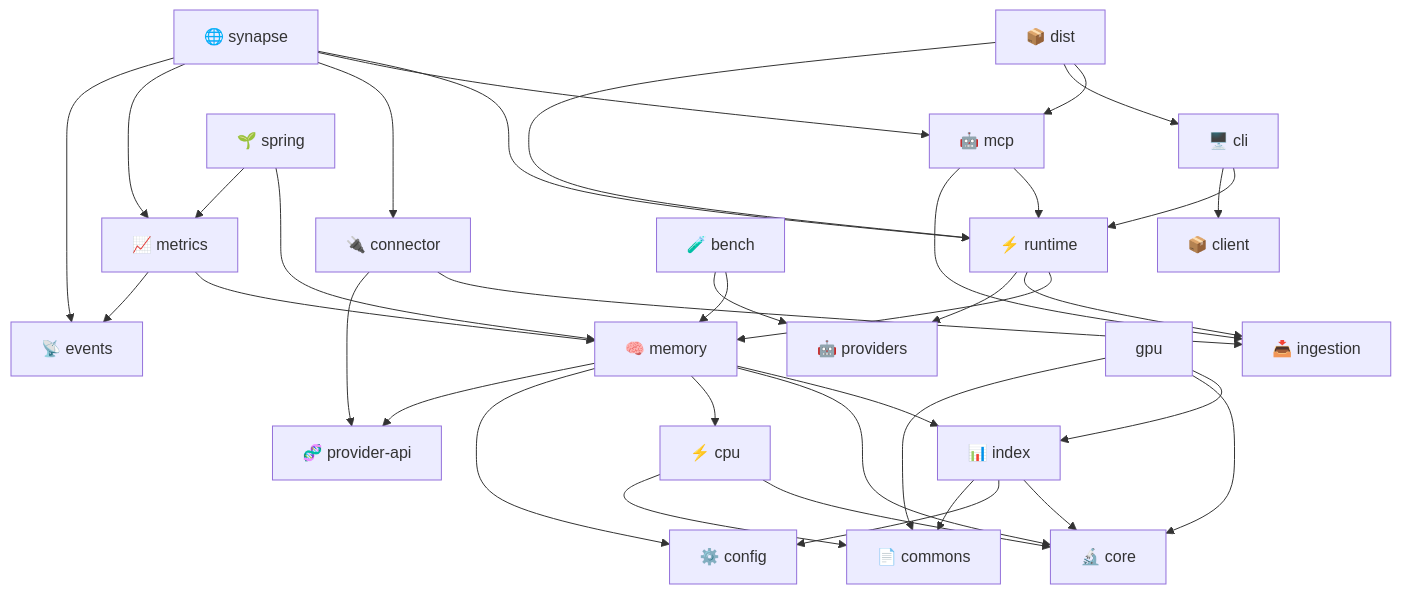
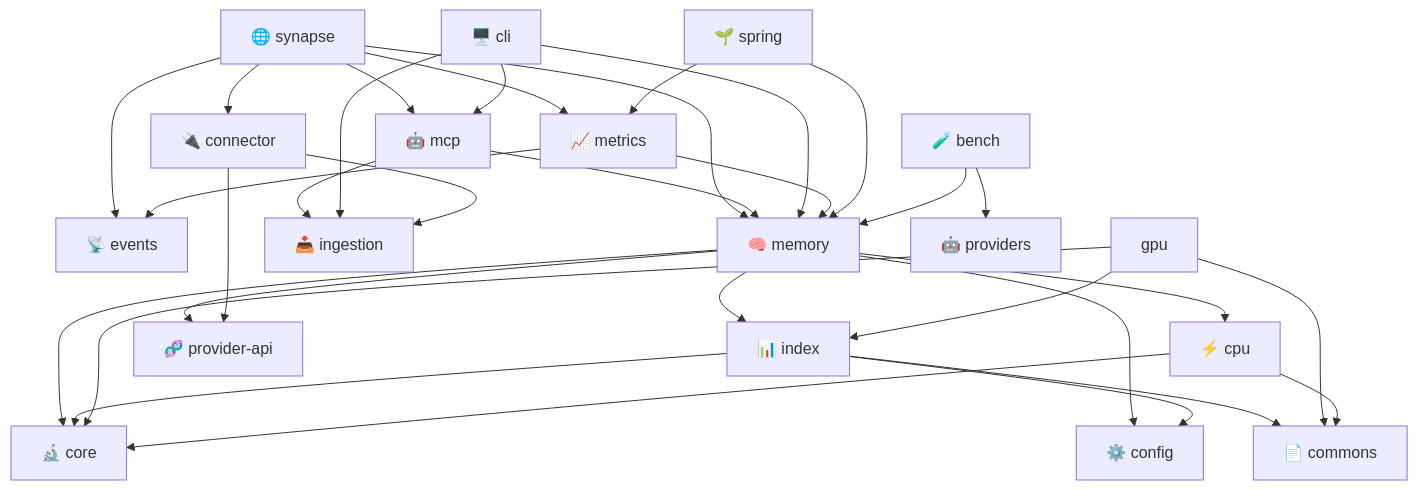
The second of 3 diagrams in docs/docs/modules/index.md (spectrayan/spector), drawn with Mermaid before and after one commit. The commit also changed other lines of this file and 125 other files, not shown here.

First line of the commit message:
refactor(synapse): consolidate mcp and cli into spectorctl, decommission runtime dist and client (#658)

````diff
--- a/docs/docs/modules/index.md
+++ b/docs/docs/modules/index.md
@@ -57,49 +54,42 @@
 ```mermaid
 graph TD
-    synapseapp["🌐 synapse"] --> runtime["⚡ runtime"]
-    synapseapp --> mcp["🤖 mcp"]
+    synapseapp["🌐 synapse"] --> mcp["🤖 mcp"]
     synapseapp --> connector["🔌 connector"]
     synapseapp --> metrics["📈 metrics"]
     synapseapp --> events["📡 events"]
+    synapseapp --> memory["🧠 memory"]
     
-    mcp --> runtime
+    mcp --> memory
     mcp --> ingestion["📥 ingestion"]
-    cli["🖥️ cli"] --> runtime
-    cli --> client["📦 client"]
-
-    runtime --> memory["🧠 memory"]
-    runtime --> ingestion
-    runtime --> providers["🤖 providers"]
+    cli["🖥️ cli"] --> memory
+    cli --> mcp
+    cli --> ingestion
 
     memory --> index["📊 index"]
     memory --> core["🔬 core"]
     memory --> cpu["⚡ cpu"]
     memory --> config["⚙️ config"]
     memory --> providerApi["🧬 provider-api"]
 
     index --> core
     index --> config
     index --> commons["📄 commons"]
 
     gpu --> index
     gpu --> core
     gpu --> commons
 
     cpu --> core
     cpu --> commons
 
     metrics --> memory
     metrics --> events
 
     connector --> ingestion
     connector --> providerApi
 
-    dist["📦 dist"] --> mcp
-    dist --> cli
-    dist --> runtime
-
     spring["🌱 spring"] --> memory
     spring --> metrics
     bench["🧪 bench"] --> memory
-    bench --> providers
+    bench --> providers["🤖 providers"]
 ```
````
